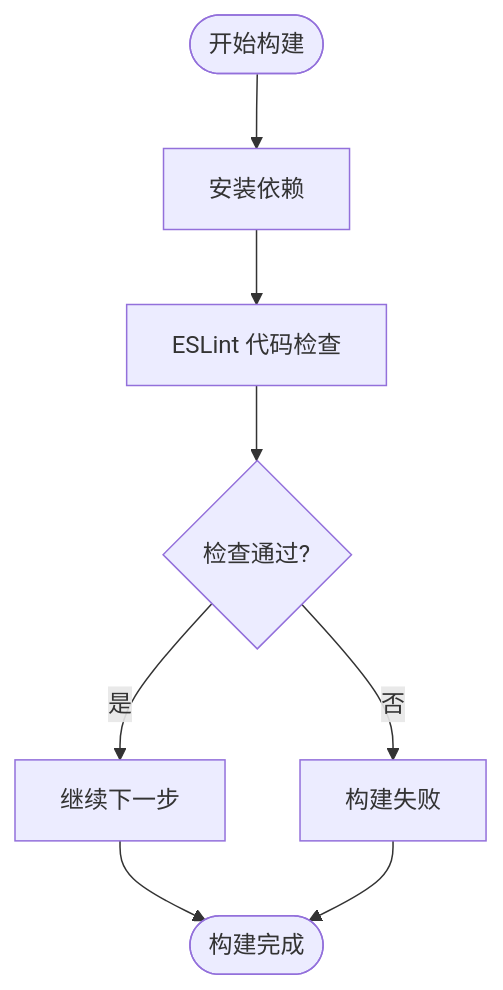
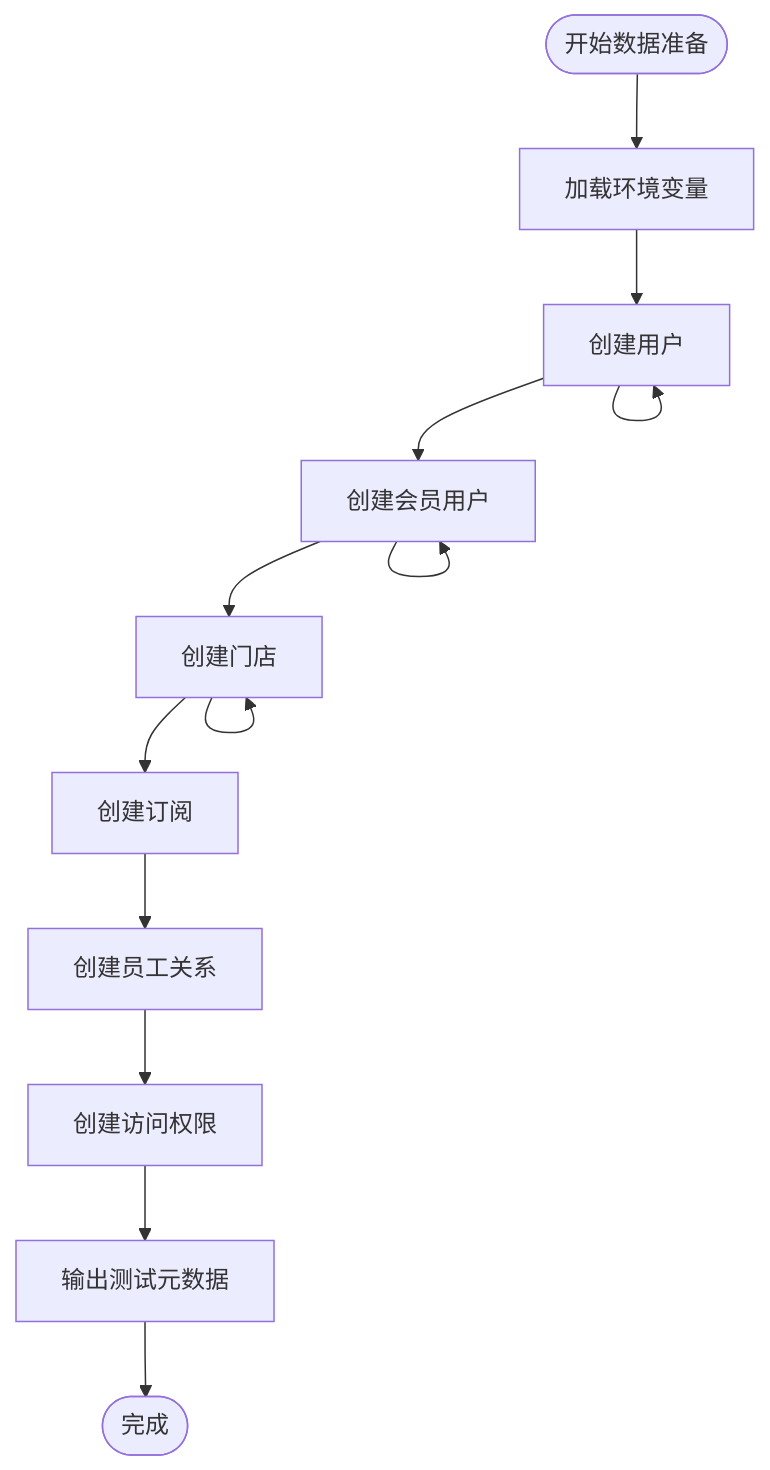
One commit to rc558620/purelyprofit-server changed the eighth of 9 diagrams in .qoder/repowiki/zh/content/部署配置/CI_CD 流水线配置.md. Above: the diagram before and after it, drawn with Mermaid. The commit also changed other lines of this file and 65 other files, not shown here.

````diff
--- a/.qoder/repowiki/zh/content/部署配置/CI_CD 流水线配置.md
+++ b/.qoder/repowiki/zh/content/部署配置/CI_CD 流水线配置.md
@@ -172,10 +328,15 @@
 ```mermaid
 flowchart TD
-Start([开始构建]) --> InstallDeps[安装依赖]
-InstallDeps --> Lint[ESLint 代码检查]
-Lint --> LintPass{检查通过?}
-LintPass --> |否| Fail[构建失败]
-LintPass --> |是| NextStep[继续下一步]
-NextStep --> End([构建完成])
-Fail --> End
+Start([开始数据准备]) --> LoadEnv[加载环境变量]
+LoadEnv --> CreateUser[创建用户]
+CreateUser --> CreateClubUser[创建会员用户]
+CreateClubUser --> CreateStore[创建门店]
+CreateStore --> CreateSubscription[创建订阅]
+CreateSubscription --> CreateStaff[创建员工关系]
+CreateStaff --> CreateAccess[创建访问权限]
+CreateAccess --> Output[输出测试元数据]
+Output --> End([完成])
+CreateUser --> CreateUser
+CreateClubUser --> CreateClubUser
+CreateStore --> CreateStore
 ```
````
